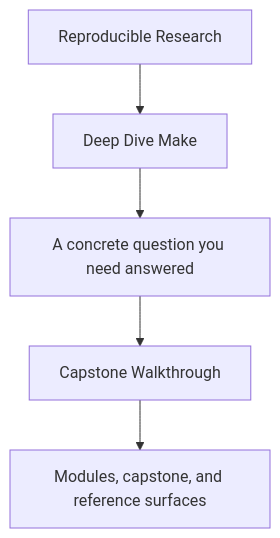
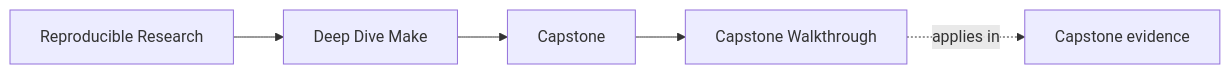
The first of 2 diagrams in programs/reproducible-research/deep-dive-make/course-book/capstone/capstone-walkthrough.md (bijux/bijux-masterclass), drawn with Mermaid before and after one commit. The commit also changed other lines of this file and 146 other files, not shown here.

Commit message:
docs(deep-dive-make): map build truth and release review surfaces

````diff
--- a/programs/reproducible-research/deep-dive-make/course-book/capstone/capstone-walkthrough.md
+++ b/programs/reproducible-research/deep-dive-make/course-book/capstone/capstone-walkthrough.md
@@ -6,7 +6,11 @@
 ```mermaid
-flowchart TD
-  family["Reproducible Research"] --> program["Deep Dive Make"]
-  program --> pressure["A concrete question you need answered"]
-  pressure --> guide["Capstone Walkthrough"]
-  guide --> next["Modules, capstone, and reference surfaces"]
+graph LR
+  family["Reproducible Research"]
+  program["Deep Dive Make"]
+  section["Capstone"]
+  page["Capstone Walkthrough"]
+  capstone["Capstone evidence"]
+
+  family --> program --> section --> page
+  page -.applies in.-> capstone
 ```
````
